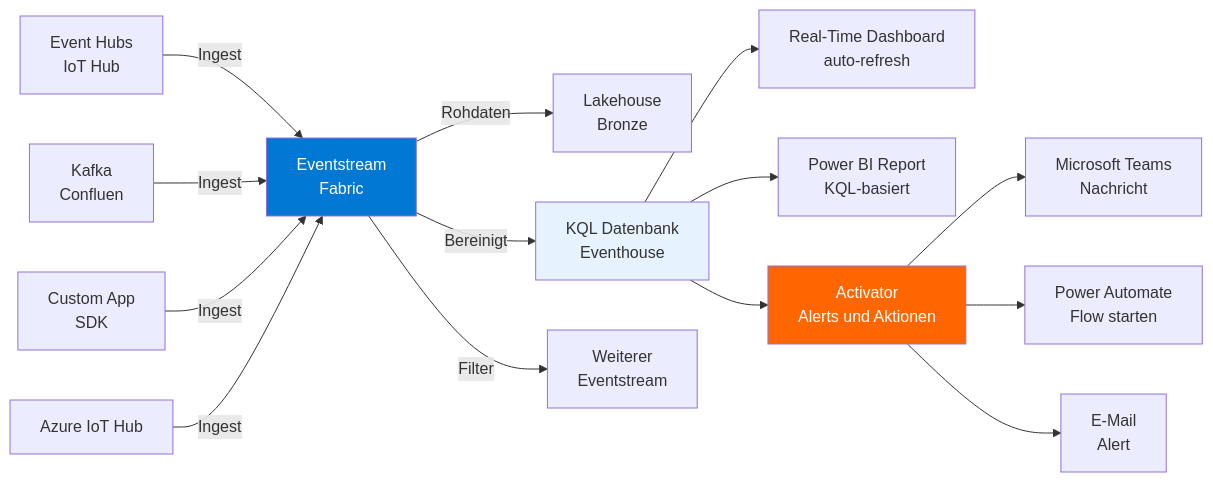
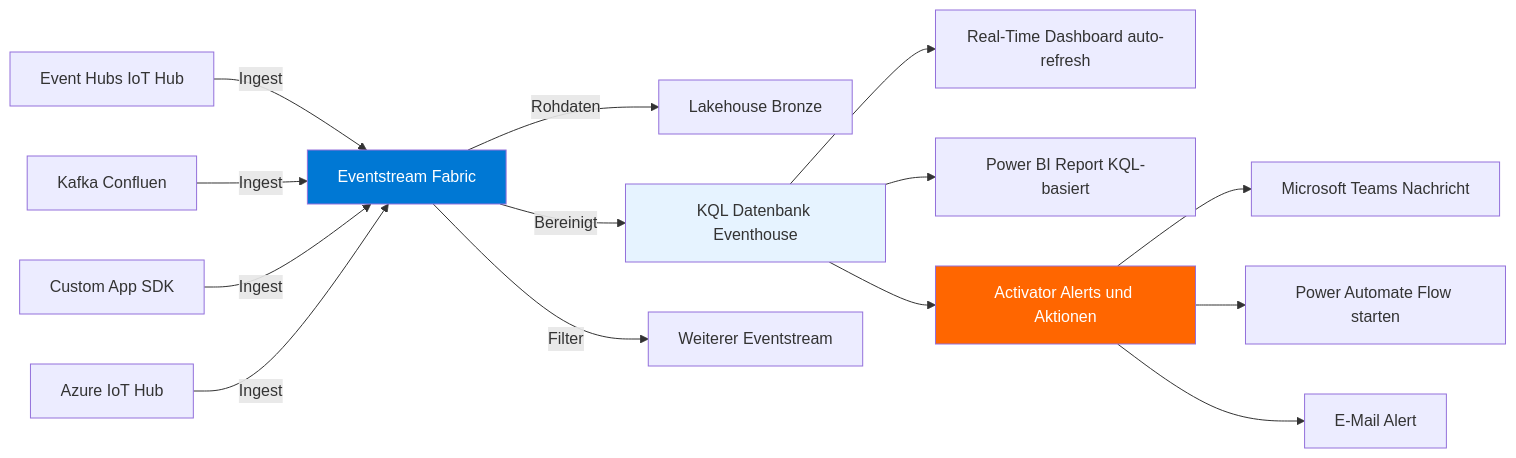
Before and after one commit to SoniiiT/notes-n-docs: the first of 5 diagrams in Microsoft 365/Azure/Fabric/Fabric Real-Time Intelligence.md, drawn with Mermaid. The commit also changed other lines of this file and 124 other files, not shown here.

First line of the commit message:
fix: Entferne \n aus allen Mermaid-Diagrammen (125 Dateien)

````diff
--- a/Microsoft 365/Azure/Fabric/Fabric Real-Time Intelligence.md
+++ b/Microsoft 365/Azure/Fabric/Fabric Real-Time Intelligence.md
@@ -30,23 +30,23 @@
 ```mermaid
 graph LR
-    SRC1[Event Hubs\nIoT Hub] -->|Ingest| ES[Eventstream\nFabric]
-    SRC2[Kafka\nConfluen] -->|Ingest| ES
-    SRC3[Custom App\nSDK] -->|Ingest| ES
+    SRC1[Event Hubs IoT Hub] -->|Ingest| ES[Eventstream Fabric]
+    SRC2[Kafka Confluen] -->|Ingest| ES
+    SRC3[Custom App SDK] -->|Ingest| ES
     SRC4[Azure IoT Hub] -->|Ingest| ES
     
-    ES -->|Rohdaten| LH[Lakehouse\nBronze]
-    ES -->|Bereinigt| KQL[KQL Datenbank\nEventhouse]
-    ES -->|Filter| ES2[Weiterer\nEventstream]
+    ES -->|Rohdaten| LH[Lakehouse Bronze]
+    ES -->|Bereinigt| KQL[KQL Datenbank Eventhouse]
+    ES -->|Filter| ES2[Weiterer Eventstream]
     
-    KQL --> RTD[Real-Time Dashboard\nauto-refresh]
-    KQL --> PBI[Power BI Report\nKQL-basiert]
-    KQL --> ACT[Activator\nAlerts und Aktionen]
+    KQL --> RTD[Real-Time Dashboard auto-refresh]
+    KQL --> PBI[Power BI Report KQL-basiert]
+    KQL --> ACT[Activator Alerts und Aktionen]
     
-    ACT --> TEAMS[Microsoft Teams\nNachricht]
-    ACT --> PA[Power Automate\nFlow starten]
-    ACT --> EMAIL[E-Mail\nAlert]
+    ACT --> TEAMS[Microsoft Teams Nachricht]
+    ACT --> PA[Power Automate Flow starten]
+    ACT --> EMAIL[E-Mail Alert]
     
     style ES fill:#0078d4,color:#fff
     style KQL fill:#e6f3ff
     style ACT fill:#ff6600,color:#fff
 ```
````
